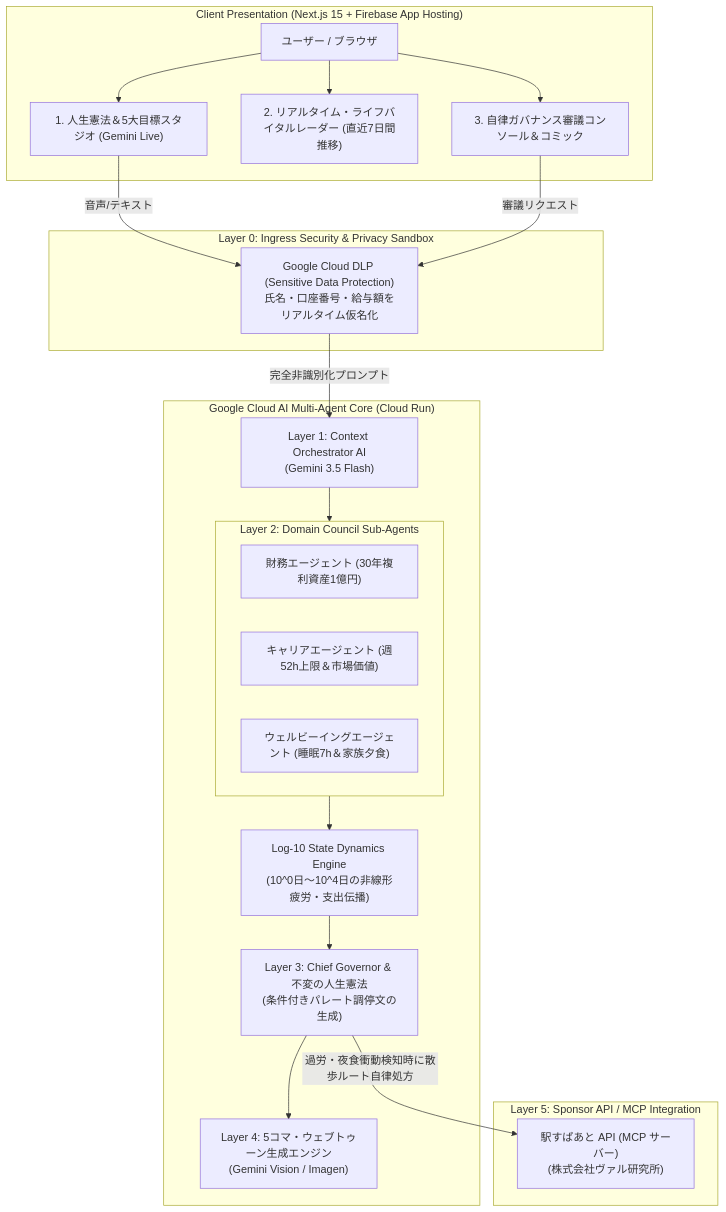
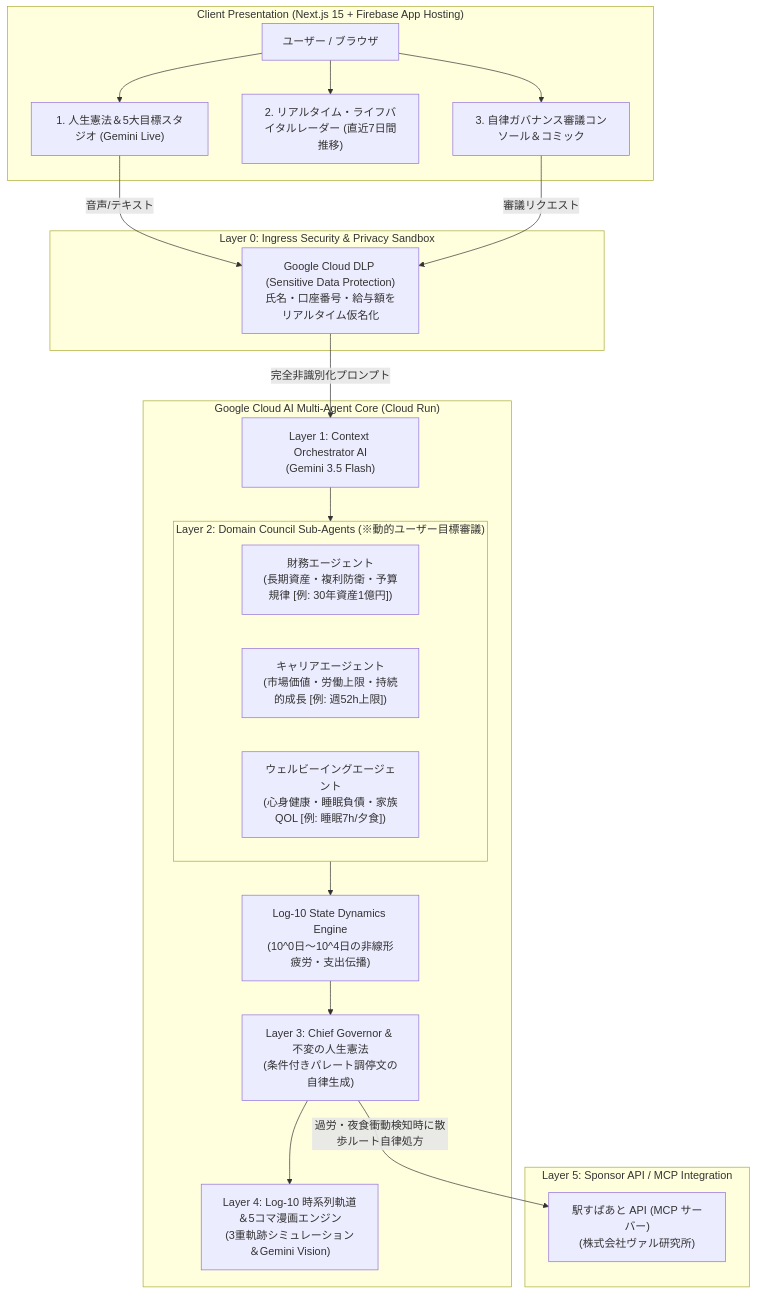
The diagram in README.md (JJ6415/ChronosLife), drawn with Mermaid before and after one commit. The commit also changed other lines of this file, not shown here.

Commit message:
docs: clarify dynamic user-defined goals and 6-layer architecture details in README

````diff
--- a/README.md
+++ b/README.md
@@ -32,41 +32,41 @@
 ```mermaid
 flowchart TB
     subgraph ClientLayer ["Client Presentation (Next.js 15 + Firebase App Hosting)"]
         User["ユーザー / ブラウザ"]
         Studio["1. 人生憲法＆5大目標スタジオ (Gemini Live)"]
         Radar["2. リアルタイム・ライフバイタルレーダー (直近7日間推移)"]
         Dashboard["3. 自律ガバナンス審議コンソール＆コミック"]
     end
 
     subgraph Security_Perimeter ["Layer 0: Ingress Security & Privacy Sandbox"]
         DLP["Google Cloud DLP (Sensitive Data Protection)<br>氏名・口座番号・給与額をリアルタイム仮名化"]
     end
 
     subgraph Agent_Core ["Google Cloud AI Multi-Agent Core (Cloud Run)"]
         Orchestrator["Layer 1: Context Orchestrator AI<br>(Gemini 3.5 Flash)"]
         
-        subgraph Council ["Layer 2: Domain Council Sub-Agents"]
-            Finance["財務エージェント (30年複利資産1億円)"]
-            Career["キャリアエージェント (週52h上限＆市場価値)"]
-            Wellbeing["ウェルビーイングエージェント (睡眠7h＆家族夕食)"]
+        subgraph Council ["Layer 2: Domain Council Sub-Agents (※動的ユーザー目標審議)"]
+            Finance["財務エージェント<br>(長期資産・複利防衛・予算規律 [例: 30年資産1億円])"]
+            Career["キャリアエージェント<br>(市場価値・労働上限・持続的成長 [例: 週52h上限])"]
+            Wellbeing["ウェルビーイングエージェント<br>(心身健康・睡眠負債・家族QOL [例: 睡眠7h/夕食])"]
         end
 
         StateEngine["Log-10 State Dynamics Engine<br>(10^0日〜10^4日の非線形疲労・支出伝播)"]
-        Governor["Layer 3: Chief Governor & 不変の人生憲法<br>(条件付きパレート調停文の生成)"]
-        Comic["Layer 4: 5コマ・ウェブトゥーン生成エンジン<br>(Gemini Vision / Imagen)"]
+        Governor["Layer 3: Chief Governor & 不変の人生憲法<br>(条件付きパレート調停文の自律生成)"]
+        Comic["Layer 4: Log-10 時系列軌道＆5コマ漫画エンジン<br>(3重軌跡シミュレーション＆Gemini Vision)"]
     end
 
     subgraph External_Sponsor ["Layer 5: Sponsor API / MCP Integration"]
         Ekispert["駅すぱあと API (MCP サーバー)<br>(株式会社ヴァル研究所)"]
     end
 
     User --> Studio & Radar & Dashboard
     Studio -->|音声/テキスト| DLP
     Dashboard -->|審議リクエスト| DLP
     DLP -->|完全非識別化プロンプト| Orchestrator
     Orchestrator --> Council
     Council --> StateEngine
     StateEngine --> Governor
     Governor --> Comic
     Governor -->|過労・夜食衝動検知時に散歩ルート自律処方| Ekispert
 ```
````
